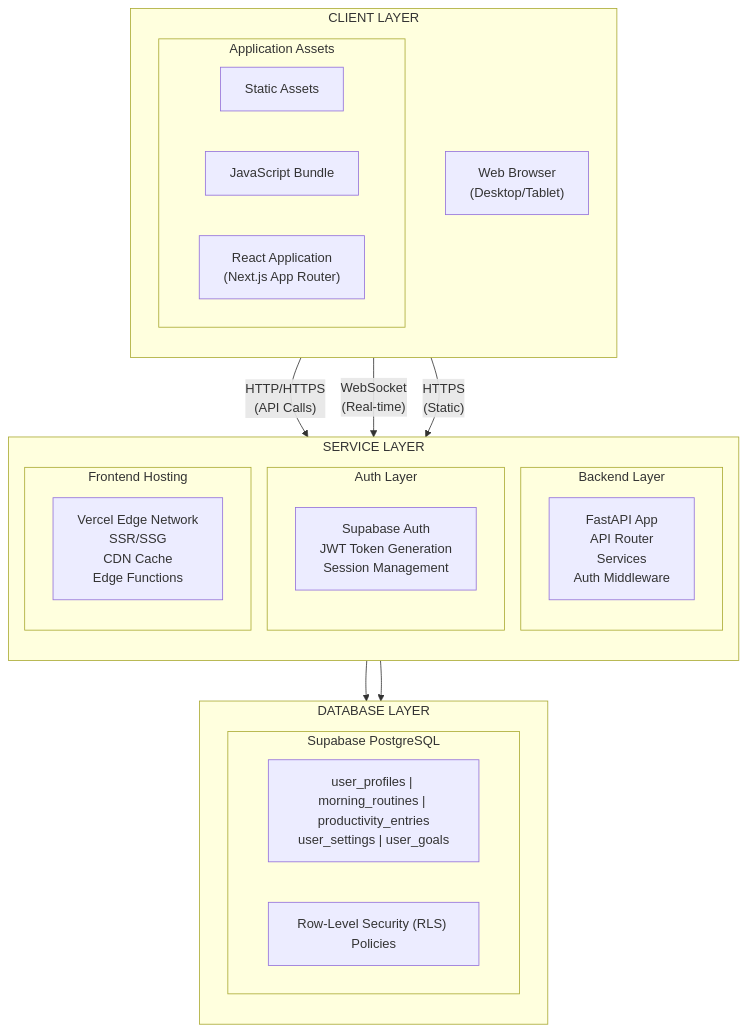
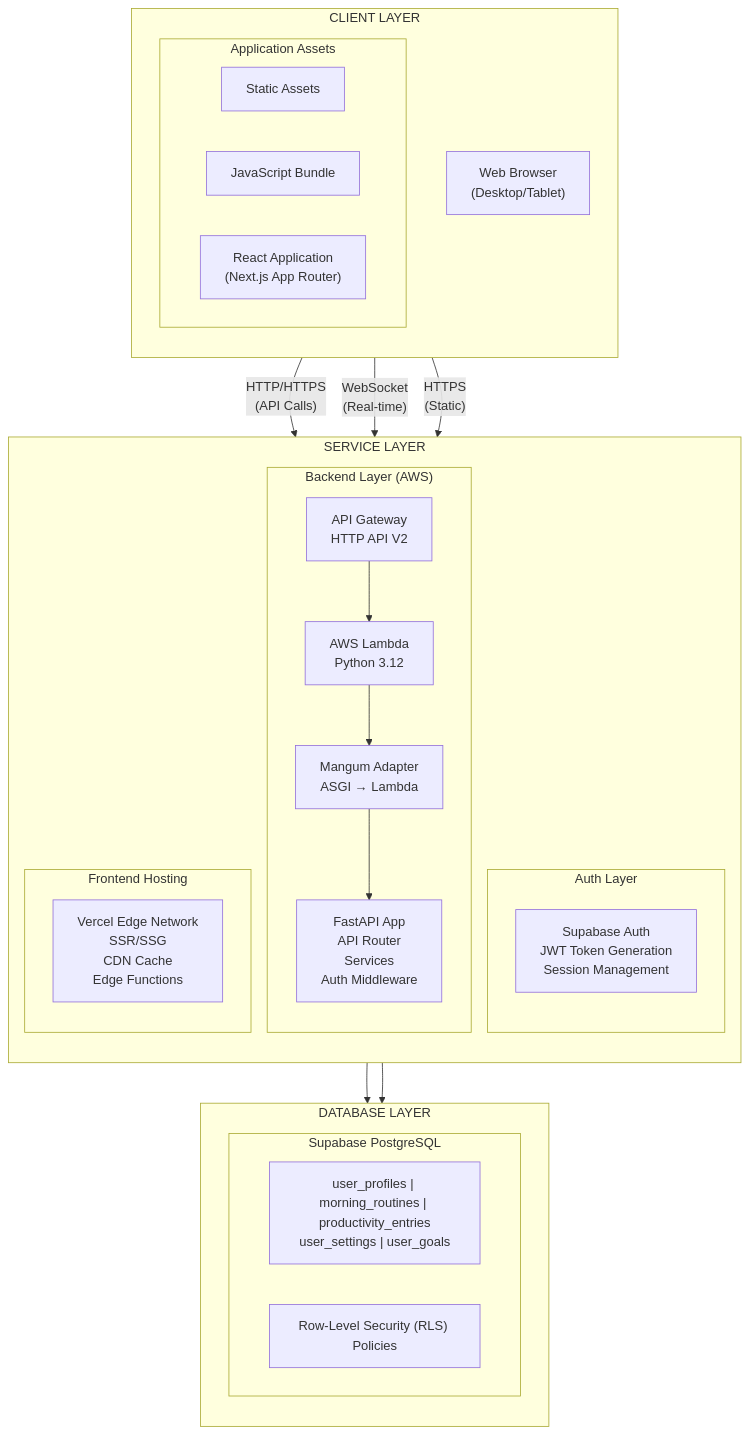
Before and after one commit to nyanham/morning-routine-productivity: the first of 8 diagrams in docs/ARCHITECTURE.md, drawn with Mermaid. The commit also changed other lines of this file and 6 other files, not shown here.

First line of the commit message:
docs: update documentation for AWS Lambda deployment architecture

````diff
--- a/docs/ARCHITECTURE.md
+++ b/docs/ARCHITECTURE.md
@@ -9,40 +9,46 @@
 ```mermaid
 flowchart TB
     subgraph CLIENT["CLIENT LAYER"]
         direction TB
         Browser["Web Browser<br/>(Desktop/Tablet)"]
         subgraph Assets["Application Assets"]
             Static["Static Assets"]
             JS["JavaScript Bundle"]
             React["React Application<br/>(Next.js App Router)"]
         end
     end
 
     subgraph SERVICES["SERVICE LAYER"]
         direction TB
-        subgraph Backend["Backend Layer"]
+        subgraph Backend["Backend Layer (AWS)"]
+            APIGW["API Gateway<br/>HTTP API V2"]
+            Lambda["AWS Lambda<br/>Python 3.12"]
             FastAPI["FastAPI App<br/>API Router<br/>Services<br/>Auth Middleware"]
+            MangumAdapter["Mangum Adapter<br/>ASGI → Lambda"]
         end
         subgraph Auth["Auth Layer"]
             SupaAuth["Supabase Auth<br/>JWT Token Generation<br/>Session Management"]
         end
         subgraph Hosting["Frontend Hosting"]
             Vercel["Vercel Edge Network<br/>SSR/SSG<br/>CDN Cache<br/>Edge Functions"]
         end
     end
 
     subgraph DATABASE["DATABASE LAYER"]
         direction TB
         subgraph Supabase["Supabase PostgreSQL"]
             Tables["user_profiles | morning_routines | productivity_entries<br/>user_settings | user_goals"]
             RLS["Row-Level Security (RLS) Policies"]
         end
     end
 
-    Browser --> |"HTTP/HTTPS<br/>(API Calls)"| FastAPI
+    Browser --> |"HTTP/HTTPS<br/>(API Calls)"| APIGW
+    APIGW --> Lambda
+    Lambda --> MangumAdapter
+    MangumAdapter --> FastAPI
     Browser --> |"WebSocket<br/>(Real-time)"| SupaAuth
     Browser --> |"HTTPS<br/>(Static)"| Vercel
 
     FastAPI --> Supabase
     SupaAuth --> Supabase
 ```
````
